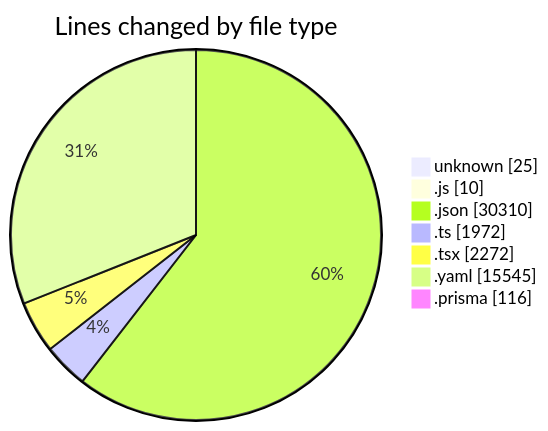
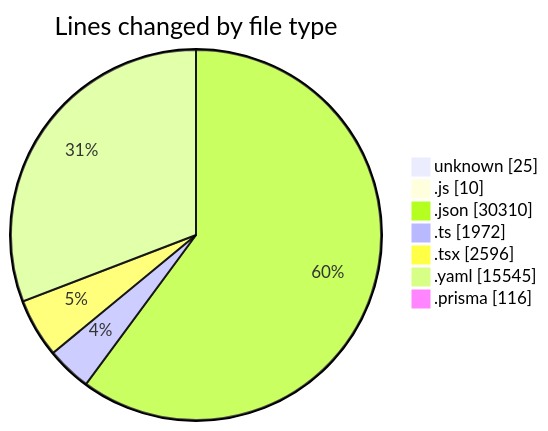
One commit to CELIANVF/code-tracking changed the first of 2 diagrams in 2025-05-02/ecodeli/README.md. Above: the diagram before and after it, drawn with Mermaid. The commit also changed other lines of this file and 1 other file, not shown here.

````diff
--- a/2025-05-02/ecodeli/README.md
+++ b/2025-05-02/ecodeli/README.md
@@ -58,11 +59,11 @@
 ```mermaid
 pie showData
 title Lines changed by file type
 "unknown" : 25
 ".js" : 10
 ".json" : 30310
 ".ts" : 1972
-".tsx" : 2272
+".tsx" : 2596
 ".yaml" : 15545
 ".prisma" : 116
 ```
````
